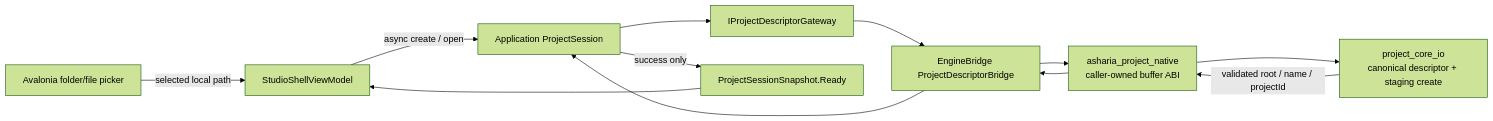
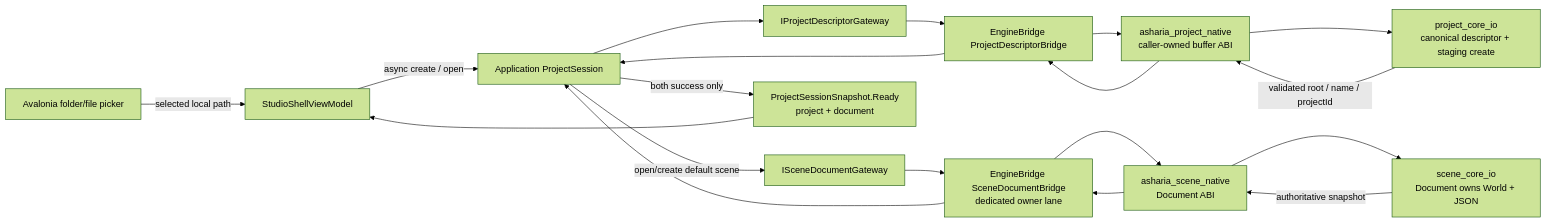
One commit to 66six11/Engine changed the eighth of 23 diagrams in docs/architecture/flow.md. Above: the diagram before and after it, drawn with Mermaid (forest theme). The commit also changed other lines of this file and 56 other files, not shown here.

Commit message:
feat: add editable Studio scene document

````diff
--- a/docs/architecture/flow.md
+++ b/docs/architecture/flow.md
@@ -554,23 +559,34 @@
 ```mermaid
 flowchart LR
     Picker["Avalonia folder/file picker"]
     VM["StudioShellViewModel"]
     Session["Application ProjectSession"]
-    Port["IProjectDescriptorGateway"]
-    Bridge["EngineBridge ProjectDescriptorBridge"]
-    Native["asharia_project_native<br/>caller-owned buffer ABI"]
-    Core["project_core_io<br/>canonical descriptor + staging create"]
-    Active["ProjectSessionSnapshot.Ready"]
+    ProjectPort["IProjectDescriptorGateway"]
+    ProjectBridge["EngineBridge ProjectDescriptorBridge"]
+    ProjectNative["asharia_project_native<br/>caller-owned buffer ABI"]
+    ProjectCore["project_core_io<br/>canonical descriptor + staging create"]
+    ScenePort["ISceneDocumentGateway"]
+    SceneBridge["EngineBridge SceneDocumentBridge<br/>dedicated owner lane"]
+    SceneNativeDoc["asharia_scene_native<br/>Document ABI"]
+    SceneCoreDoc["scene_core_io<br/>Document owns World + JSON"]
+    Active["ProjectSessionSnapshot.Ready<br/>project + document"]
 
     Picker -->|"selected local path"| VM
     VM -->|"async create / open"| Session
-    Session --> Port
-    Port --> Bridge
-    Bridge --> Native
-    Native --> Core
-    Core -->|"validated root / name / projectId"| Native
-    Native --> Bridge
-    Bridge --> Session
-    Session -->|"success only"| Active
+    Session --> ProjectPort
+    ProjectPort --> ProjectBridge
+    ProjectBridge --> ProjectNative
+    ProjectNative --> ProjectCore
+    ProjectCore -->|"validated root / name / projectId"| ProjectNative
+    ProjectNative --> ProjectBridge
+    ProjectBridge --> Session
+    Session -->|"open/create default scene"| ScenePort
+    ScenePort --> SceneBridge
+    SceneBridge --> SceneNativeDoc
+    SceneNativeDoc --> SceneCoreDoc
+    SceneCoreDoc -->|"authoritative snapshot"| SceneNativeDoc
+    SceneNativeDoc --> SceneBridge
+    SceneBridge --> Session
+    Session -->|"both success only"| Active
     Active --> VM
 ```
````
